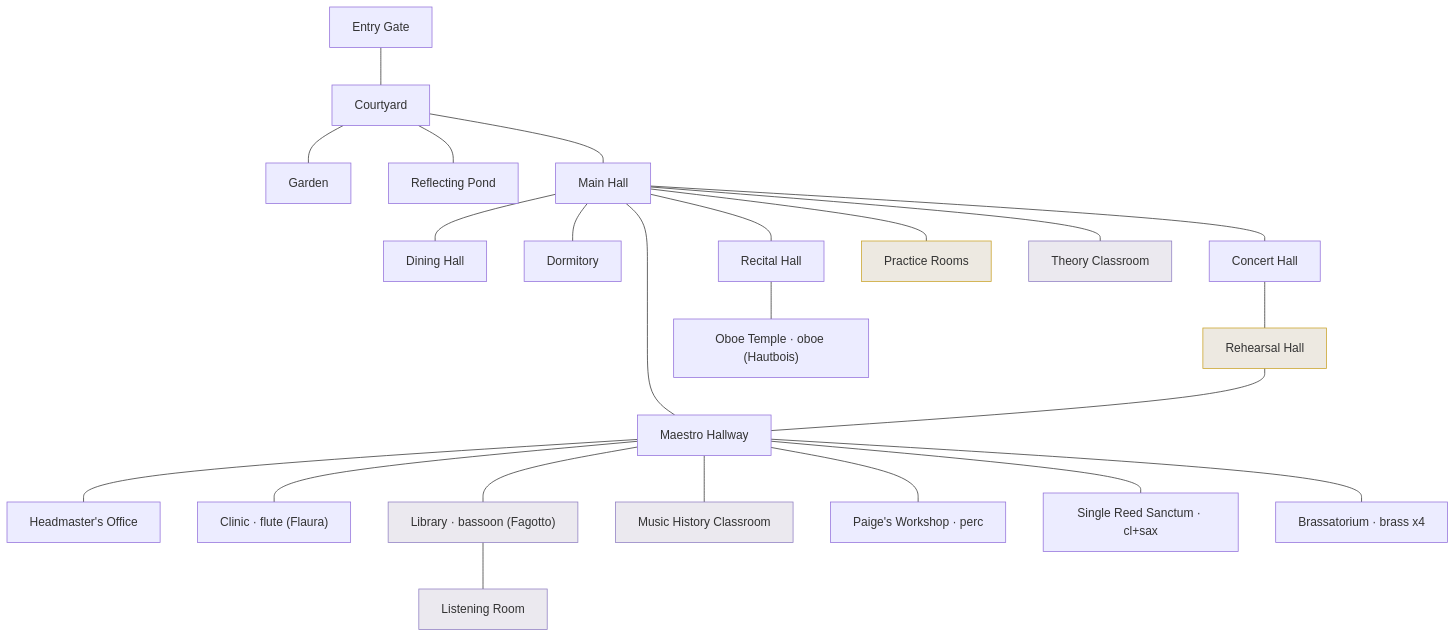
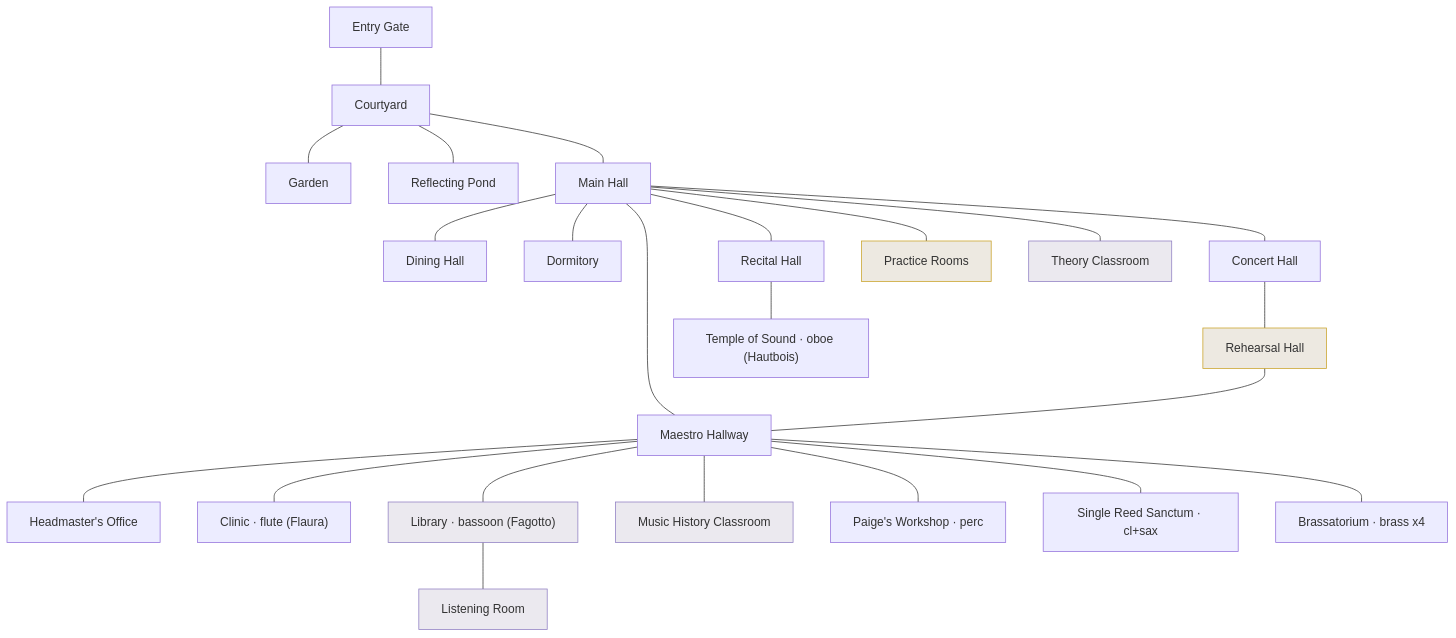
Before and after one commit to clemonsmusic-eng/Symphonica-Band-Quest: the diagram in docs/LOCATION_DESIGN_HARMONIA.md, drawn with Mermaid. The commit also changed other lines of this file, not shown here.

First line of the commit message:
Academy map: rename to Temple of Sound; add inventory item layer

````diff
--- a/docs/LOCATION_DESIGN_HARMONIA.md
+++ b/docs/LOCATION_DESIGN_HARMONIA.md
@@ -37,30 +37,30 @@
 ```mermaid
 graph TD
   gate[Entry Gate] --- court[Courtyard]
   court --- garden[Garden]
   court --- pond[Reflecting Pond]
   court --- main[Main Hall]
   main --- dining[Dining Hall]
   main --- dorm[Dormitory]
   main --- concert[Concert Hall]
   main --- recital[Recital Hall]
   main --- practice[Practice Rooms]
   main --- theory[Theory Classroom]
   main --- mhall[Maestro Hallway]
   concert --- rehearsal[Rehearsal Hall]
   rehearsal --- mhall
   mhall --- head[Headmaster's Office]
   mhall --- clinic["Clinic · flute (Flaura)"]
   mhall --- library["Library · bassoon (Fagotto)"]
   mhall --- history[Music History Classroom]
   mhall --- paige["Paige's Workshop · perc"]
   mhall --- reeds["Single Reed Sanctum · cl+sax"]
   mhall --- brass["Brassatorium · brass x4"]
   library --- listening[Listening Room]
-  recital --- oboe["Oboe Temple · oboe (Hautbois)"]
+  recital --- oboe["Temple of Sound · oboe (Hautbois)"]
 
   classDef z1 fill:#7a5a1e22,stroke:#c9a227;
   classDef z2 fill:#6a5a8a22,stroke:#8f7ec2;
   class rehearsal,practice z1;
   class theory,library,listening,history z2;
 ```
````
